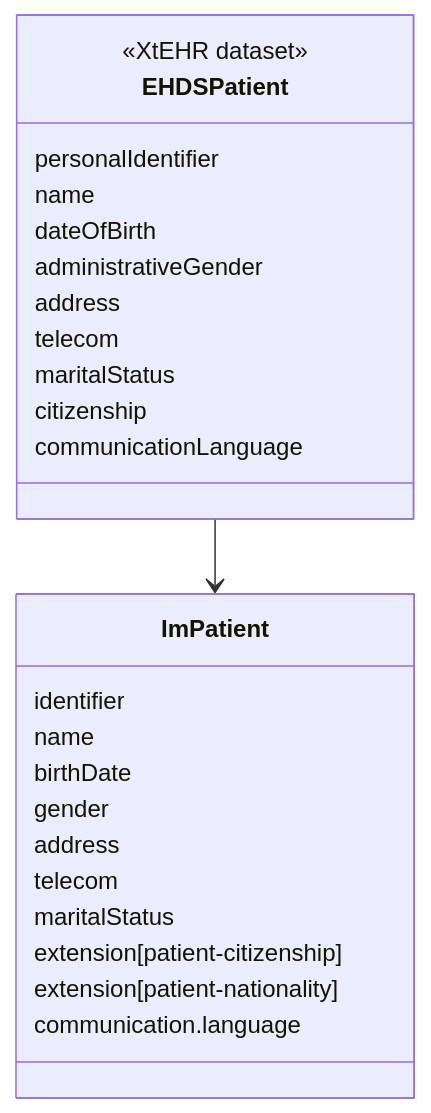
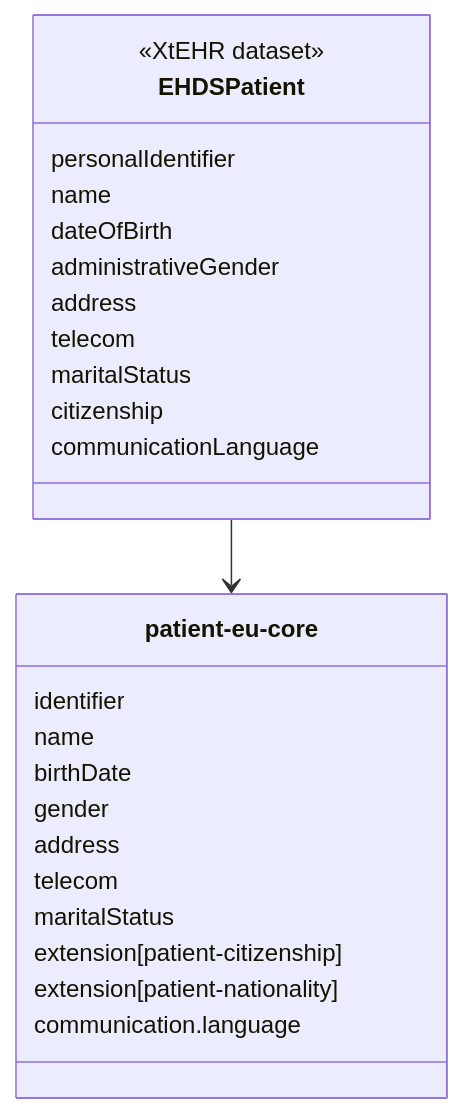
The diagram in input/intro-notes/ConceptMap-EHDSPatientMap-intro.md (oijauregui/ehdsimaging), drawn with Mermaid before and after one commit. The commit also changed 22 other files, not shown here.

````diff
--- a/input/intro-notes/ConceptMap-EHDSPatientMap-intro.md
+++ b/input/intro-notes/ConceptMap-EHDSPatientMap-intro.md
@@ -5,29 +5,29 @@
 ```mermaid
 classDiagram
 class EHDSPatient {
   <<XtEHR dataset>>
   personalIdentifier
   name
   dateOfBirth
   administrativeGender
   address
   telecom
   maritalStatus
   citizenship
   communicationLanguage
 }
-class ImPatient{
+class patient-eu-core{
   identifier
   name
   birthDate
   gender
   address
   telecom
   maritalStatus
   extension[patient-citizenship]
   extension[patient-nationality]
   communication.language
 }
 
-EHDSPatient --> ImPatient
+EHDSPatient --> patient-eu-core
 ```
````
